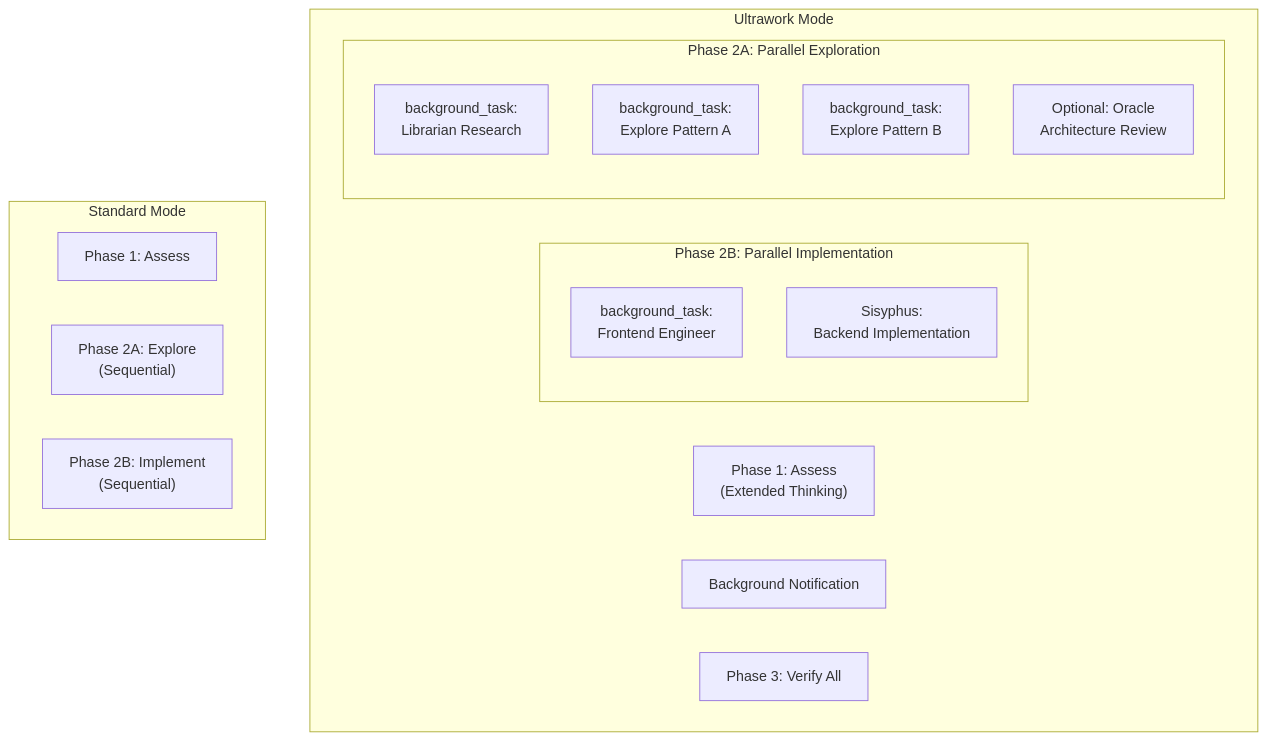
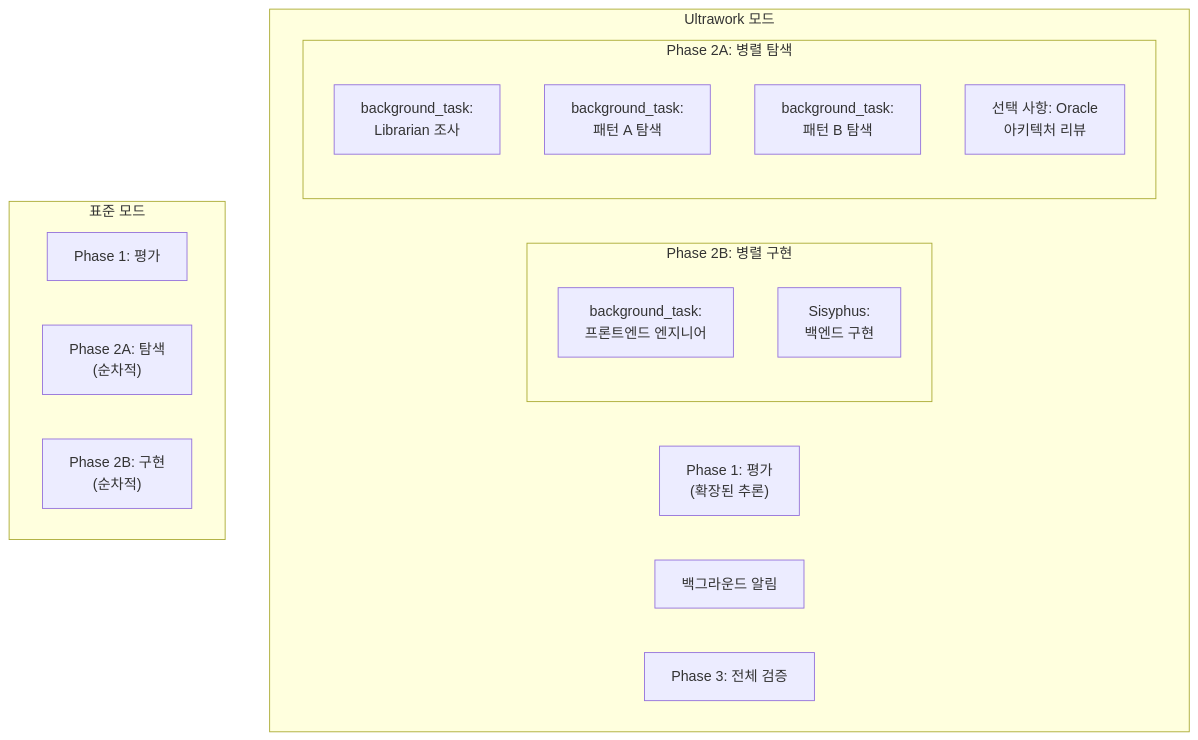
The second of 5 diagrams in docs/advanced/keyword-modes.md (felipetruman/oh-my-opencode-docs), drawn with Mermaid before and after one commit. The commit also changed other lines of this file and 76 other files, not shown here.

````diff
--- a/docs/advanced/keyword-modes.md
+++ b/docs/advanced/keyword-modes.md
@@ -107,40 +107,40 @@
 ```mermaid
 flowchart TD
 
-U_Frontend["background_task:<br>Frontend Engineer"]
-U_Assess["Phase 1: Assess<br>(Extended Thinking)"]
-U_Librarian["background_task:<br>Librarian Research"]
-U_Explore1["background_task:<br>Explore Pattern A"]
-U_Explore2["background_task:<br>Explore Pattern B"]
-U_Oracle["Optional: Oracle<br>Architecture Review"]
-U_Notify["Background Notification"]
-U_Backend["Sisyphus:<br>Backend Implementation"]
-U_Verify["Phase 3: Verify All"]
-S_Assess["Phase 1: Assess"]
-S_Explore["Phase 2A: Explore<br>(Sequential)"]
-S_Implement["Phase 2B: Implement<br>(Sequential)"]
+U_Frontend["background_task:<br>프론트엔드 엔지니어"]
+U_Assess["Phase 1: 평가<br>(확장된 추론)"]
+U_Librarian["background_task:<br>Librarian 조사"]
+U_Explore1["background_task:<br>패턴 A 탐색"]
+U_Explore2["background_task:<br>패턴 B 탐색"]
+U_Oracle["선택 사항: Oracle<br>아키텍처 리뷰"]
+U_Notify["백그라운드 알림"]
+U_Backend["Sisyphus:<br>백엔드 구현"]
+U_Verify["Phase 3: 전체 검증"]
+S_Assess["Phase 1: 평가"]
+S_Explore["Phase 2A: 탐색<br>(순차적)"]
+S_Implement["Phase 2B: 구현<br>(순차적)"]
 
-subgraph subGraph3 ["Ultrawork Mode"]
+subgraph subGraph3 ["Ultrawork 모드"]
     U_Assess
     U_Notify
     U_Verify
 
-subgraph subGraph2 ["Phase 2B: Parallel Implementation"]
+subgraph subGraph2 ["Phase 2B: 병렬 구현"]
     U_Frontend
     U_Backend
 end
 
-subgraph subGraph1 ["Phase 2A: Parallel Exploration"]
+subgraph subGraph1 ["Phase 2A: 병렬 탐색"]
     U_Librarian
     U_Explore1
     U_Explore2
     U_Oracle
 end
 end
 
-subgraph subGraph0 ["Standard Mode"]
+subgraph subGraph0 ["표준 모드"]
     S_Assess
     S_Explore
     S_Implement
 end
 ```
````
